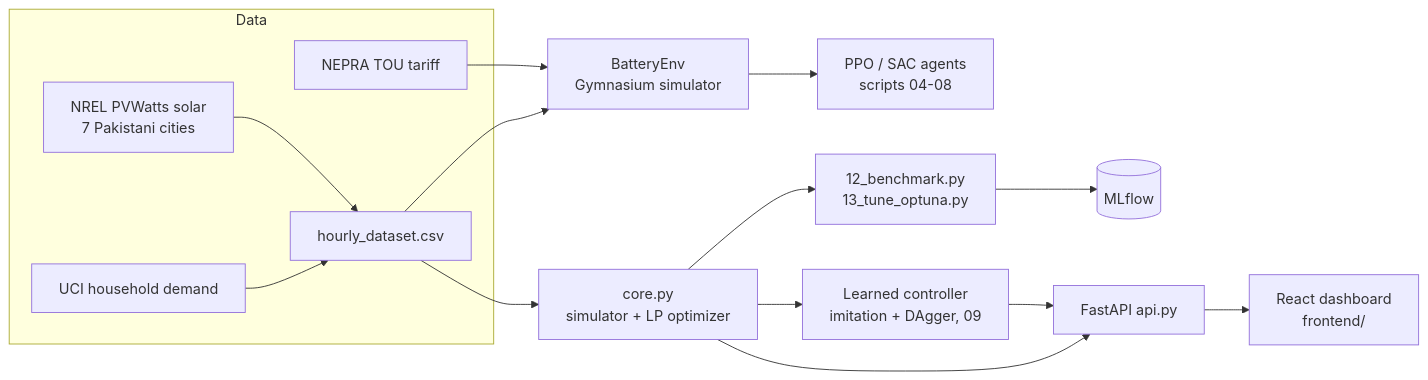
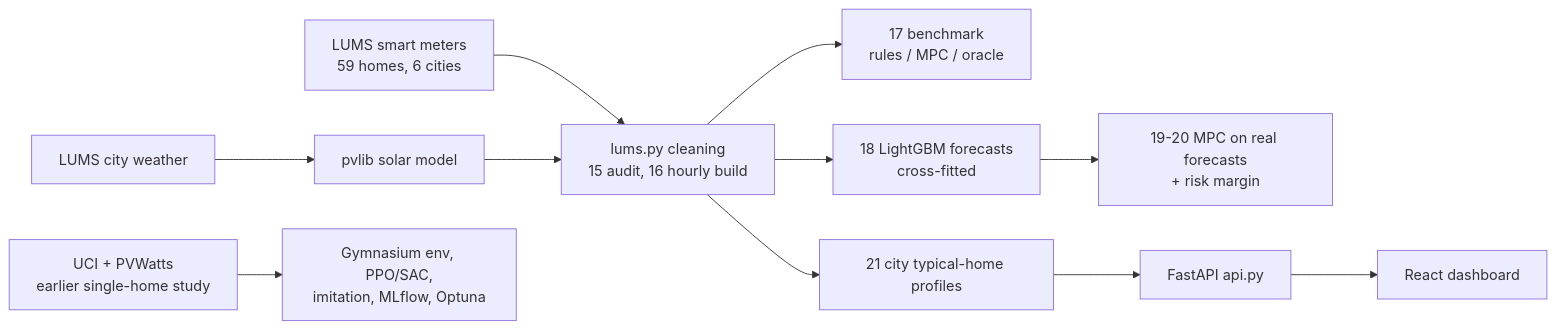
Before and after one commit to Zain-coder-152/Battery-optimization: the diagram in README.md, drawn with Mermaid. The commit also changed other lines of this file and 11 other files, not shown here.

First line of the commit message:
Robust optimizer study and app on real Pakistani home profiles

````diff
--- a/README.md
+++ b/README.md
@@ -38,18 +59,13 @@
 ```mermaid
 flowchart LR
-  subgraph Data
-    A[UCI household demand] --> D[hourly_dataset.csv]
-    B[NREL PVWatts solar<br/>7 Pakistani cities] --> D
-    C[NEPRA TOU tariff]
-  end
-  D --> E[BatteryEnv<br/>Gymnasium simulator]
-  C --> E
-  E --> F[PPO / SAC agents<br/>scripts 04-08]
-  D --> G[core.py<br/>simulator + LP optimizer]
-  G --> H[Learned controller<br/>imitation + DAgger, 09]
-  G --> I[12_benchmark.py<br/>13_tune_optuna.py]
-  I --> J[(MLflow)]
+  A[LUMS smart meters<br/>59 homes, 6 cities] --> C[lums.py cleaning<br/>15 audit, 16 hourly build]
+  B[LUMS city weather] --> P[pvlib solar model]
+  P --> C
+  C --> D[17 benchmark<br/>rules / MPC / oracle]
+  C --> F[18 LightGBM forecasts<br/>cross-fitted]
+  F --> E[19-20 MPC on real forecasts<br/>+ risk margin]
+  C --> G[21 city typical-home profiles]
   G --> K[FastAPI api.py]
-  H --> K
-  K --> L[React dashboard<br/>frontend/]
+  K --> L[React dashboard]
+  U[UCI + PVWatts<br/>earlier single-home study] --> R[Gymnasium env, PPO/SAC,<br/>imitation, MLflow, Optuna]
 ```
````
